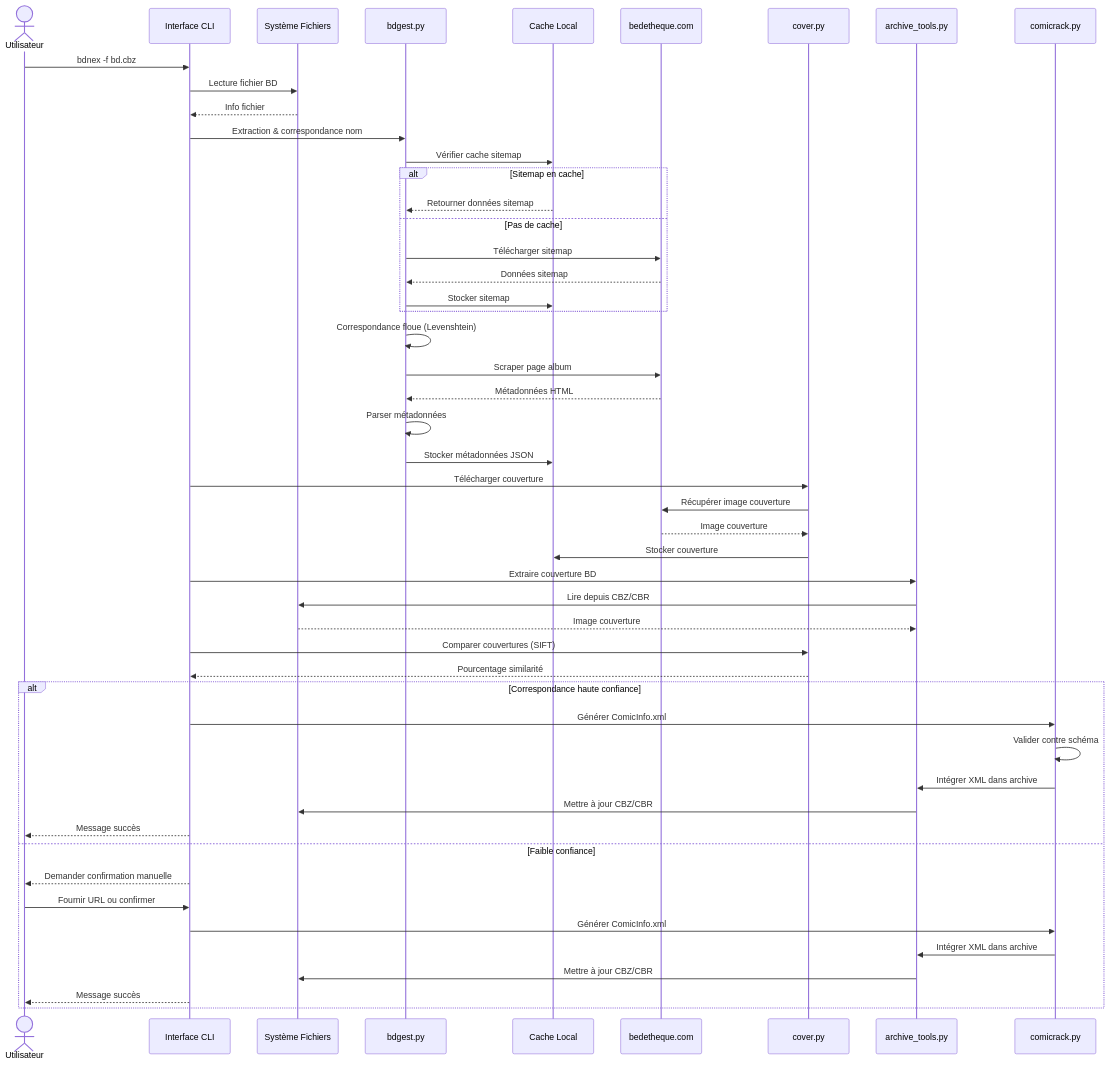
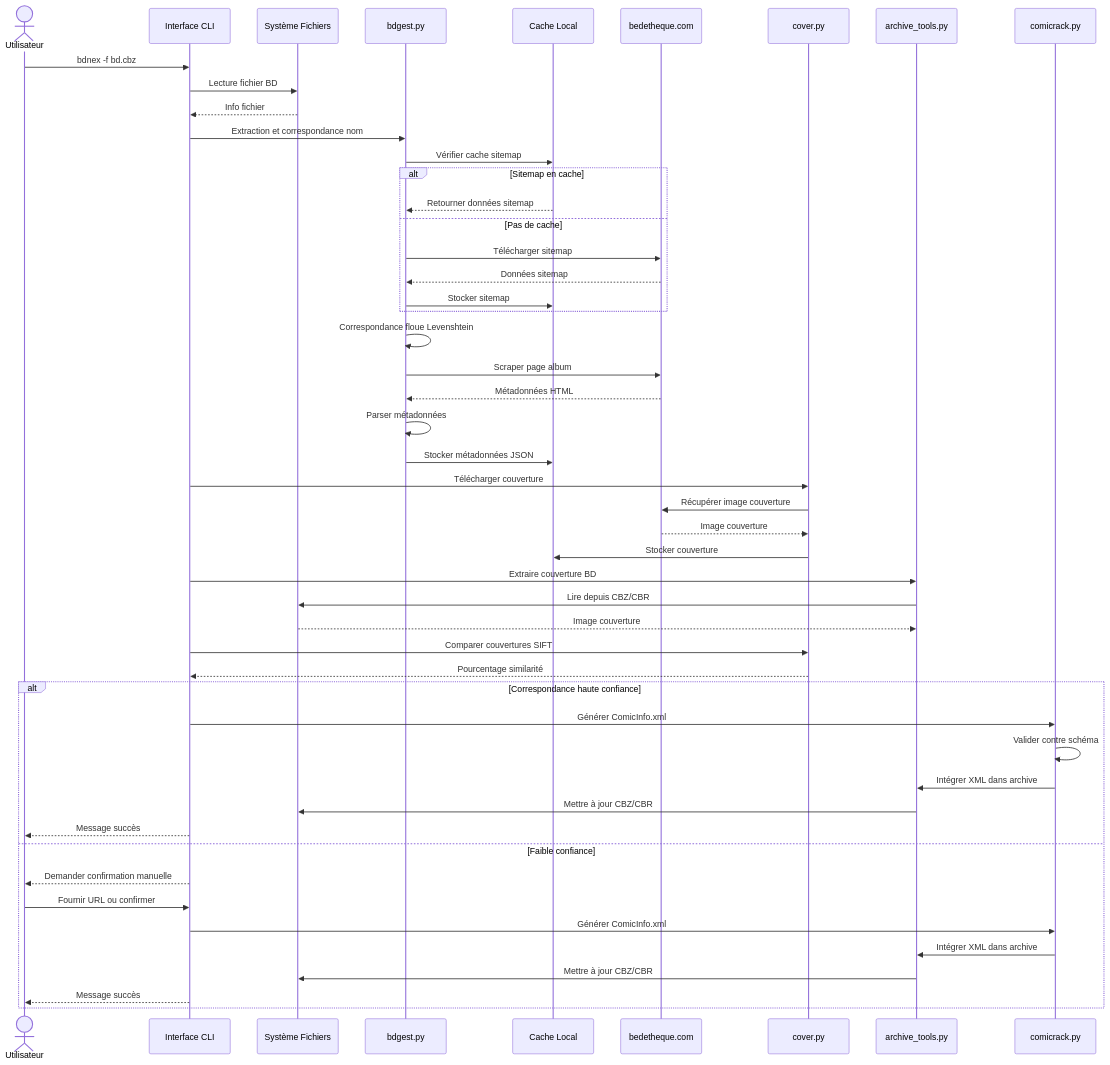
The second of 2 diagrams in README_FR.md (guiltekmdion/bdnex), drawn with Mermaid before and after one commit. The commit also changed other lines of this file and 1 other file, not shown here.

Commit message:
Fix Mermaid diagram syntax for GitHub compatibility

````diff
--- a/README_FR.md
+++ b/README_FR.md
@@ -426,59 +435,59 @@
 ```mermaid
 sequenceDiagram
     actor User as Utilisateur
     participant CLI as Interface CLI
     participant FS as Système Fichiers
     participant BDG as bdgest.py
     participant CACHE as Cache Local
     participant WEB as bedetheque.com
     participant COV as cover.py
     participant ARC as archive_tools.py
     participant CR as comicrack.py
     
     User->>CLI: bdnex -f bd.cbz
     CLI->>FS: Lecture fichier BD
     FS-->>CLI: Info fichier
-    CLI->>BDG: Extraction & correspondance nom
+    CLI->>BDG: Extraction et correspondance nom
     
     BDG->>CACHE: Vérifier cache sitemap
     alt Sitemap en cache
         CACHE-->>BDG: Retourner données sitemap
     else Pas de cache
         BDG->>WEB: Télécharger sitemap
         WEB-->>BDG: Données sitemap
         BDG->>CACHE: Stocker sitemap
     end
     
-    BDG->>BDG: Correspondance floue (Levenshtein)
+    BDG->>BDG: Correspondance floue Levenshtein
     BDG->>WEB: Scraper page album
     WEB-->>BDG: Métadonnées HTML
     BDG->>BDG: Parser métadonnées
     BDG->>CACHE: Stocker métadonnées JSON
     
     CLI->>COV: Télécharger couverture
     COV->>WEB: Récupérer image couverture
     WEB-->>COV: Image couverture
     COV->>CACHE: Stocker couverture
     
     CLI->>ARC: Extraire couverture BD
     ARC->>FS: Lire depuis CBZ/CBR
     FS-->>ARC: Image couverture
     
-    CLI->>COV: Comparer couvertures (SIFT)
+    CLI->>COV: Comparer couvertures SIFT
     COV-->>CLI: Pourcentage similarité
     
     alt Correspondance haute confiance
         CLI->>CR: Générer ComicInfo.xml
         CR->>CR: Valider contre schéma
         CR->>ARC: Intégrer XML dans archive
         ARC->>FS: Mettre à jour CBZ/CBR
         CLI-->>User: Message succès
     else Faible confiance
         CLI-->>User: Demander confirmation manuelle
         User->>CLI: Fournir URL ou confirmer
         CLI->>CR: Générer ComicInfo.xml
         CR->>ARC: Intégrer XML dans archive
         ARC->>FS: Mettre à jour CBZ/CBR
         CLI-->>User: Message succès
     end
 ```
````
